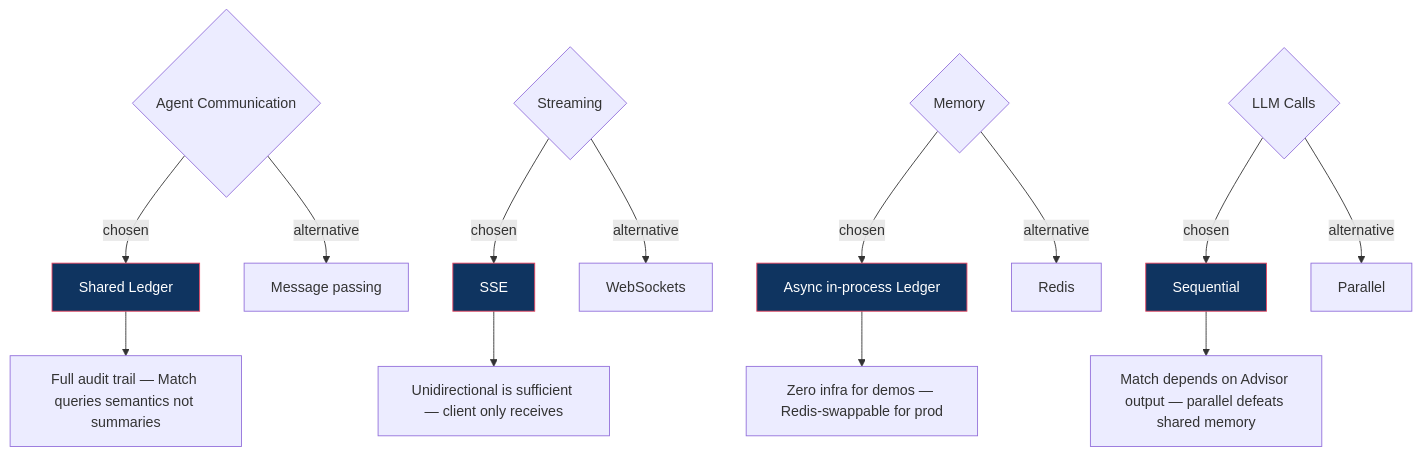
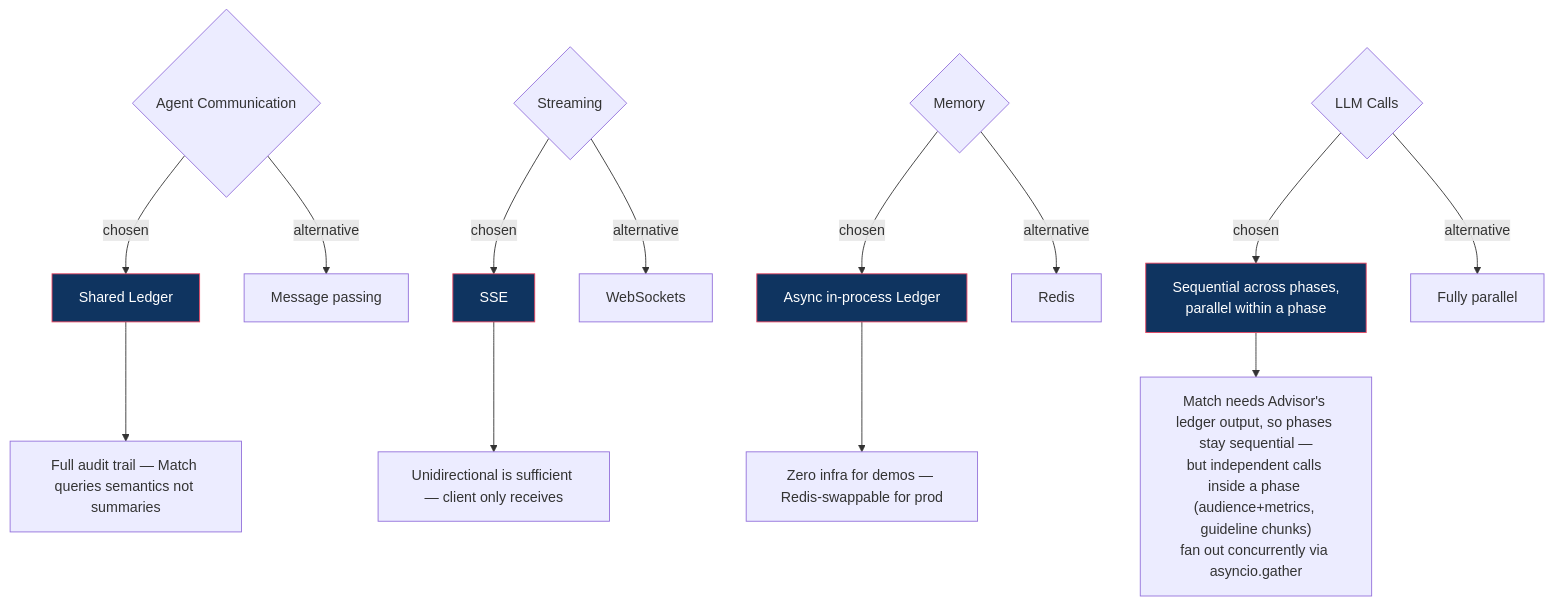
One commit to divyat2605/creator-collab-coordinator changed the sixth of 8 diagrams in README.md. Above: the diagram before and after it, drawn with Mermaid. The commit also changed other lines of this file and 100 other files, not shown here.

````diff
--- a/README.md
+++ b/README.md
@@ -263,23 +302,23 @@
 ```mermaid
 flowchart TD
     D1{"Agent Communication"} -->|chosen| S1[Shared Ledger]
     D1 -->|alternative| A1[Message passing]
     S1 --> R1["Full audit trail — Match queries semantics not summaries"]
 
     D2{"Streaming"} -->|chosen| S2[SSE]
     D2 -->|alternative| A2[WebSockets]
     S2 --> R2["Unidirectional is sufficient — client only receives"]
 
     D3{"Memory"} -->|chosen| S3[Async in-process Ledger]
     D3 -->|alternative| A3[Redis]
     S3 --> R3["Zero infra for demos — Redis-swappable for prod"]
 
-    D4{"LLM Calls"} -->|chosen| S4[Sequential]
-    D4 -->|alternative| A4[Parallel]
-    S4 --> R4["Match depends on Advisor output — parallel defeats shared memory"]
+    D4{"LLM Calls"} -->|chosen| S4["Sequential across phases,\nparallel within a phase"]
+    D4 -->|alternative| A4["Fully parallel"]
+    S4 --> R4["Match needs Advisor's ledger output, so phases stay sequential —\nbut independent calls inside a phase (audience+metrics, guideline chunks)\nfan out concurrently via asyncio.gather"]
 
     style S1 fill:#0f3460,stroke:#e94560,color:#fff
     style S2 fill:#0f3460,stroke:#e94560,color:#fff
     style S3 fill:#0f3460,stroke:#e94560,color:#fff
     style S4 fill:#0f3460,stroke:#e94560,color:#fff
 ```
````
